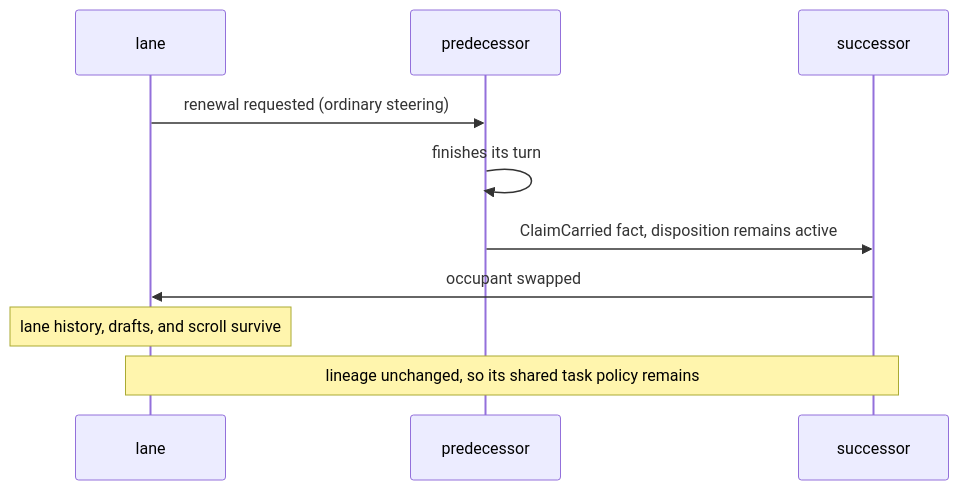
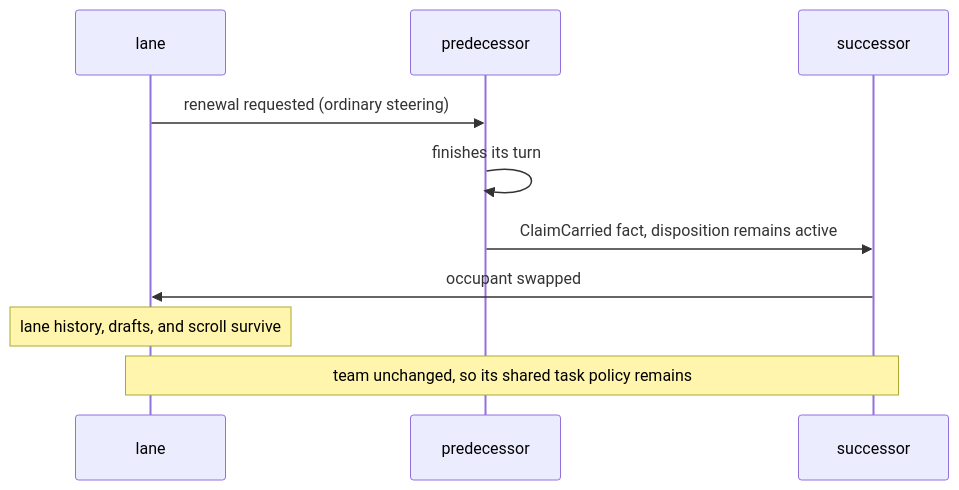
One commit to infimalabs/spice-rust changed the fifth of 6 diagrams in docs/product/model/failures.md. Above: the diagram before and after it, drawn with Mermaid. The commit also changed other lines of this file and 235 other files, not shown here.

````diff
--- a/docs/product/model/failures.md
+++ b/docs/product/model/failures.md
@@ -129,12 +129,12 @@
 ```mermaid
 sequenceDiagram
   participant L as lane
   participant P as predecessor
   participant N as successor
   L->>P: renewal requested (ordinary steering)
   P->>P: finishes its turn
   P->>N: ClaimCarried fact, disposition remains active
   N->>L: occupant swapped
   Note over L: lane history, drafts, and scroll survive
-  Note over L,N: lineage unchanged, so its shared task policy remains
+  Note over L,N: team unchanged, so its shared task policy remains
 ```
````
